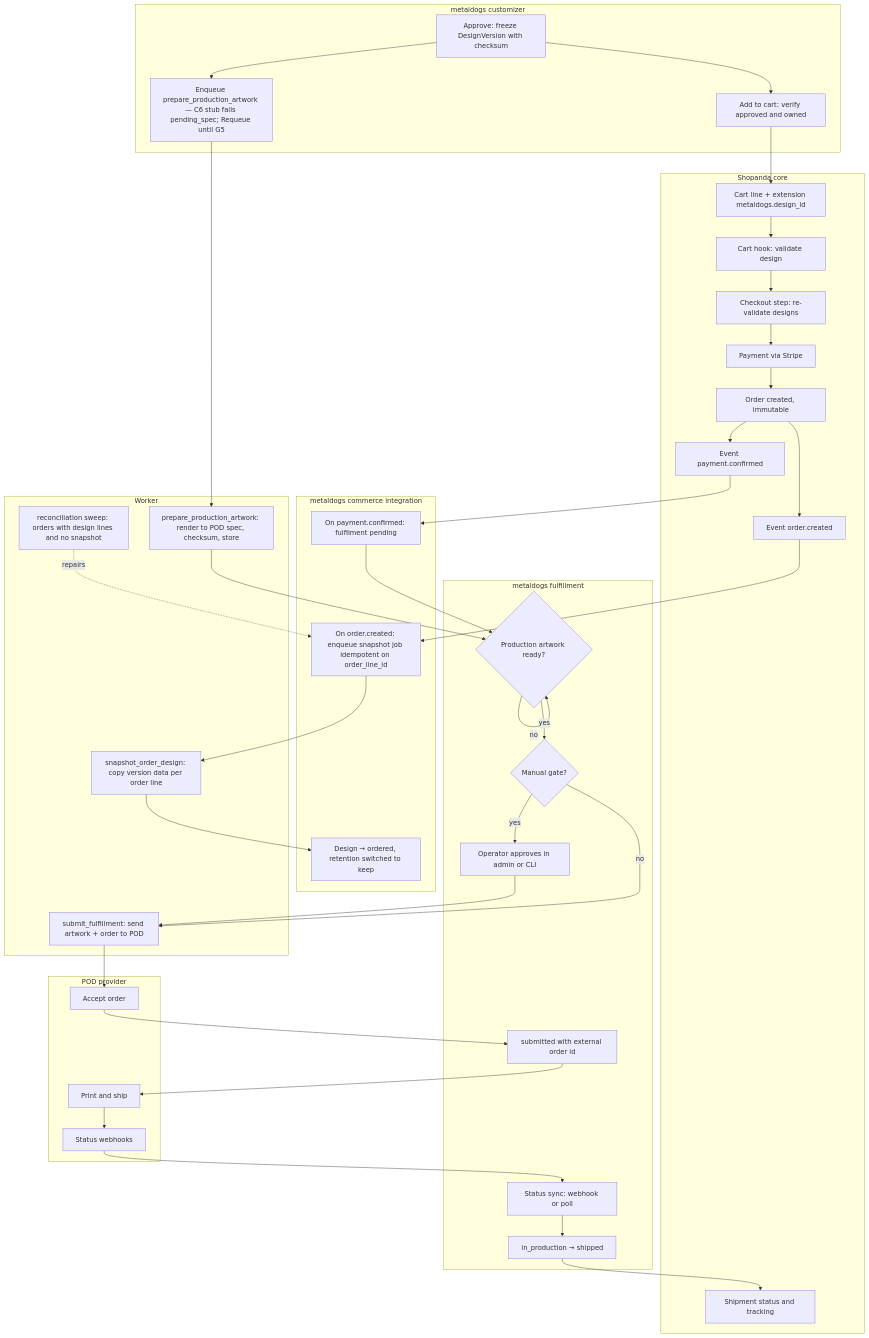
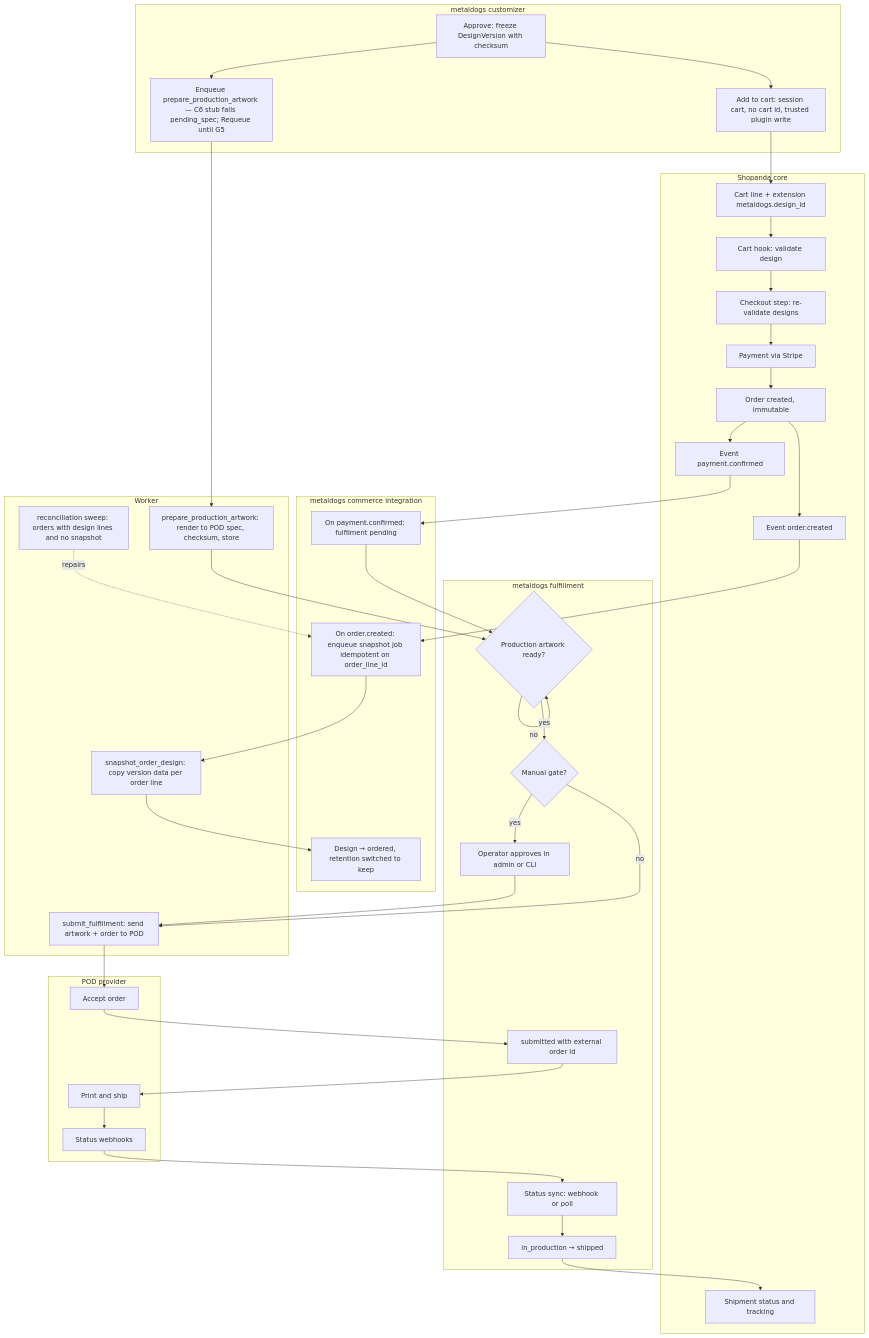
Before and after one commit to akarso/metal_dogs: the first of 2 diagrams in docs/architecture/flows/checkout-snapshot-and-fulfillment.md, drawn with Mermaid. The commit also changed other lines of this file and 9 other files, not shown here.

Commit message:
Record the add-to-cart contract and close E2 so the roadmap matches the session-cart decisions.

````diff
--- a/docs/architecture/flows/checkout-snapshot-and-fulfillment.md
+++ b/docs/architecture/flows/checkout-snapshot-and-fulfillment.md
@@ -7,58 +7,58 @@
 ```mermaid
 flowchart TB
     subgraph customizer[metaldogs customizer]
         a1[Approve: freeze DesignVersion with checksum]
         a2[Enqueue prepare_production_artwork — C6 stub fails pending_spec; Requeue until G5]
-        a3[Add to cart: verify approved and owned]
+        a3[Add to cart: session cart, no cart id, trusted plugin write]
     end
 
     subgraph worker[Worker]
         w1[prepare_production_artwork: render to POD spec, checksum, store]
         w2[snapshot_order_design: copy version data per order line]
         w3[submit_fulfillment: send artwork + order to POD]
         w4[reconciliation sweep: orders with design lines and no snapshot]
     end
 
     subgraph shopanda[Shopanda core]
         s1[Cart line + extension metaldogs.design_id]
         s2[Cart hook: validate design]
         s3[Checkout step: re-validate designs]
         s4[Payment via Stripe]
         s5[Order created, immutable]
         s6[Event order.created]
         s7[Event payment.confirmed]
         s8[Shipment status and tracking]
     end
 
     subgraph commerce[metaldogs commerce integration]
         e1[On order.created: enqueue snapshot job idempotent on order_line_id]
         e2[Design → ordered, retention switched to keep]
         e3[On payment.confirmed: fulfilment pending]
     end
 
     subgraph fulfillment[metaldogs fulfillment]
         f1{Production artwork ready?}
         f2{Manual gate?}
         f3[Operator approves in admin or CLI]
         f4[submitted with external order id]
         f5[Status sync: webhook or poll]
         f6[in_production → shipped]
     end
 
     subgraph pod[POD provider]
         p1[Accept order]
         p2[Print and ship]
         p3[Status webhooks]
     end
 
     a1 --> a2 --> w1
     a1 --> a3 --> s1 --> s2 --> s3 --> s4 --> s5 --> s6 --> e1 --> w2 --> e2
     s5 --> s7 --> e3 --> f1
     w1 --> f1
     f1 -- no --> f1
     f1 -- yes --> f2
     f2 -- yes --> f3 --> w3
     f2 -- no --> w3
     w3 --> p1 --> f4 --> p2 --> p3 --> f5 --> f6 --> s8
     w4 -. repairs .-> e1
 ```
````
